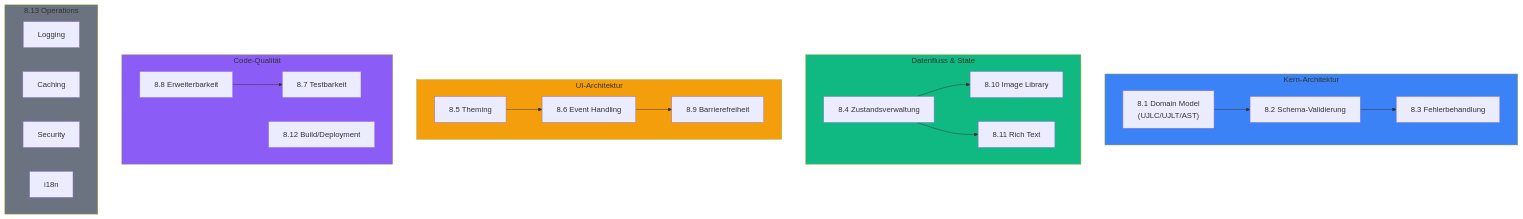
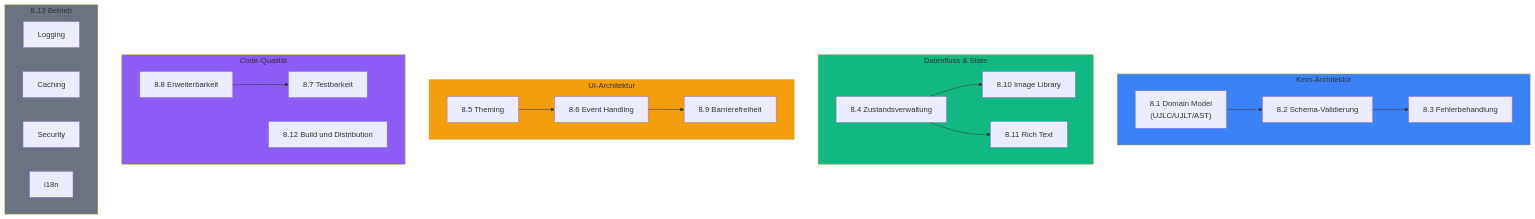
One commit to mainzcript/ujl changed the first of 10 diagrams in apps/docs/src/arc42/08-crosscutting-concepts.md. Above: the diagram before and after it, drawn with Mermaid. The commit also changed other lines of this file and 10 other files, not shown here.

Commit message:
refactor: update architecture documentation to clarify UJL's structure, including detailed descriptions of content and design separation, image storage strategies, and the role of the Crafter in editor workflows, while enhancing overall clarity and consistency across sections

````diff
--- a/apps/docs/src/arc42/08-crosscutting-concepts.md
+++ b/apps/docs/src/arc42/08-crosscutting-concepts.md
@@ -12,47 +10,47 @@
 ```mermaid
 graph TB
     subgraph CoreConcepts["Kern-Architektur"]
         Domain["8.1 Domain Model<br/>(UJLC/UJLT/AST)"]
         Validation["8.2 Schema-Validierung"]
         Error["8.3 Fehlerbehandlung"]
     end
 
     subgraph DataFlow["Datenfluss & State"]
         State["8.4 Zustandsverwaltung"]
         ImageLib["8.10 Image Library"]
         RichText["8.11 Rich Text"]
     end
 
     subgraph UIArchitecture["UI-Architektur"]
         Theme["8.5 Theming"]
         Events["8.6 Event Handling"]
         A11y["8.9 Barrierefreiheit"]
     end
 
     subgraph CodeQuality["Code-Qualität"]
         Test["8.7 Testbarkeit"]
         Extend["8.8 Erweiterbarkeit"]
-        Build["8.12 Build/Deployment"]
+        Build["8.12 Build und Distribution"]
     end
 
-    subgraph Operations["8.13 Operations"]
+    subgraph Operations["8.13 Betrieb"]
         Logging["Logging"]
         Caching["Caching"]
         Security["Security"]
         I18n["i18n"]
     end
 
     Domain --> Validation
     Validation --> Error
     State --> ImageLib
     State --> RichText
     Theme --> Events
     Events --> A11y
     Extend --> Test
 
     style CoreConcepts fill:#3b82f6
     style DataFlow fill:#10b981
     style UIArchitecture fill:#f59e0b
     style CodeQuality fill:#8b5cf6
     style Operations fill:#6b7280
 ```
````
